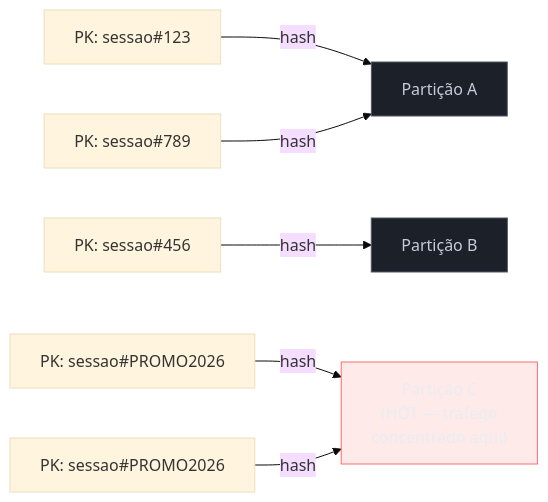
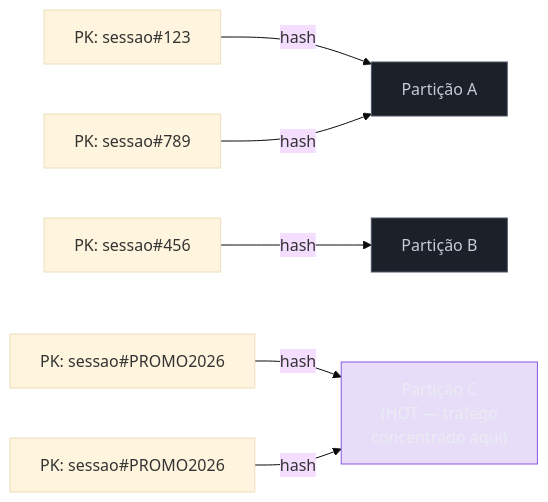
The second of 3 diagrams in 03-Dominios/Tecnologia/Cloud/09 - Bancos gerenciados/05 - NoSQL gerenciado (DynamoDB).md (josenaldo/codex-technomanticus), drawn with Mermaid (base theme) before and after one commit. The commit also changed 601 other files, not shown here.

````diff
--- a/03-Dominios/Tecnologia/Cloud/09 - Bancos gerenciados/05 - NoSQL gerenciado (DynamoDB).md
+++ b/03-Dominios/Tecnologia/Cloud/09 - Bancos gerenciados/05 - NoSQL gerenciado (DynamoDB).md
@@ -89,14 +89,14 @@
 ```mermaid
 flowchart LR
-    classDef falha fill:#FF6B6B24,stroke:#FF6B6B,color:#E9ECF2
+    classDef marca fill:#8855DF33,stroke:#8855DF,color:#E9ECF2
     classDef neutro fill:#1B2029,stroke:#4E5666,color:#C6CCD8
     PK1["PK: sessao#123"] -->|hash| P1["Partição A"]
     PK2["PK: sessao#456"] -->|hash| P2["Partição B"]
     PK3["PK: sessao#789"] -->|hash| P1
     PK4["PK: sessao#PROMO2026"] -->|hash| P3["Partição C<br/>(HOT — tráfego<br/>concentrado aqui)"]
     PK5["PK: sessao#PROMO2026"] -->|hash| P3
 
-    class P3 falha
+    class P3 marca
     class P1 neutro
     class P2 neutro
 ```
````
